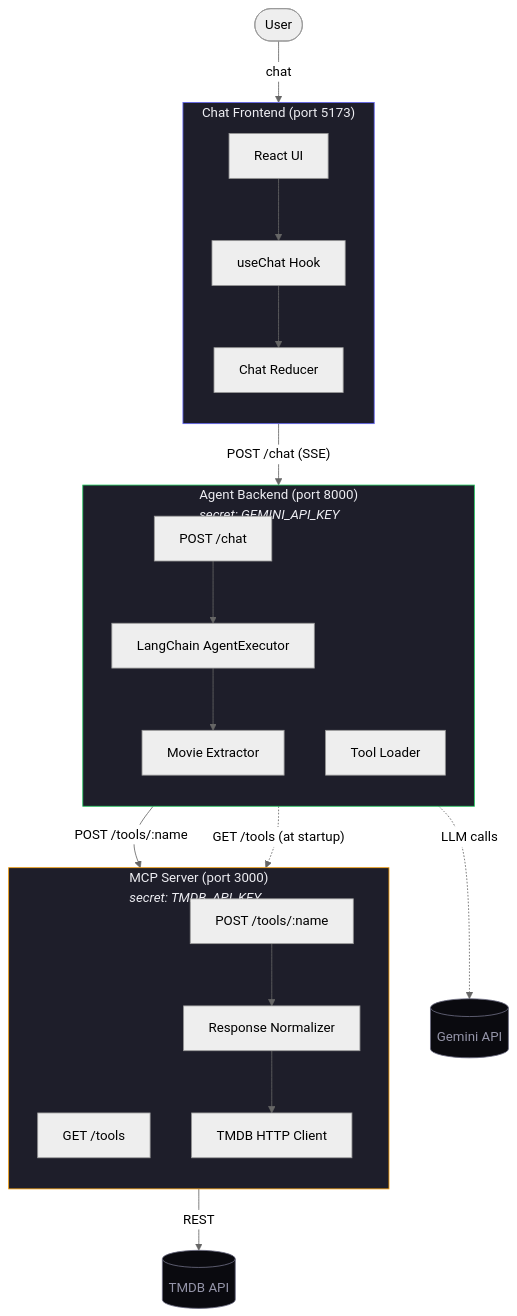
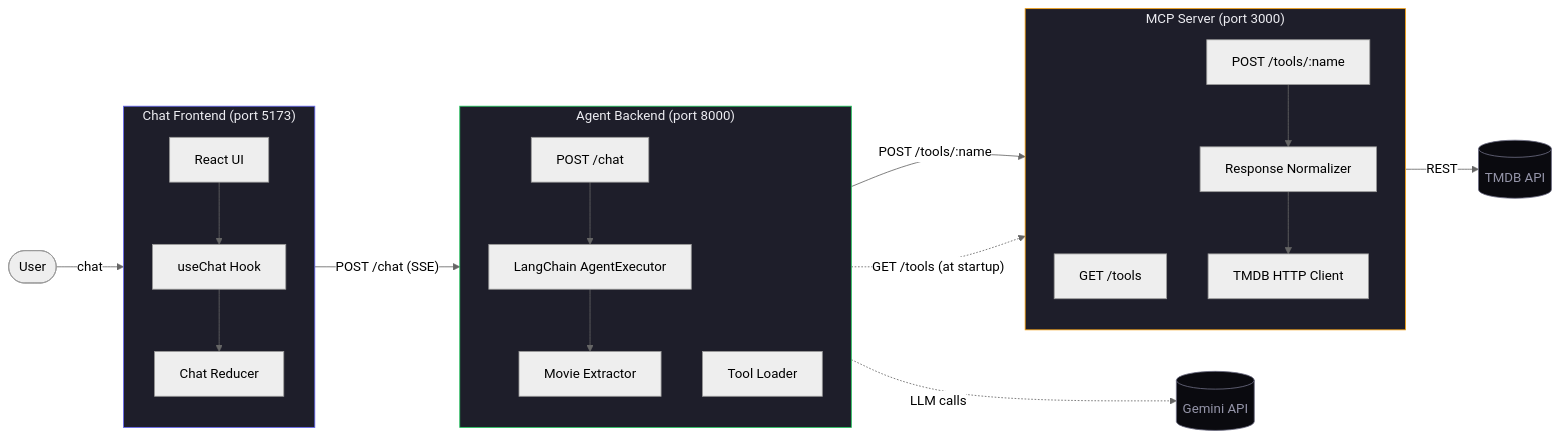
One commit to anadidewan/movie-agent-mcp changed the diagram in docs/architecture.md. Above: the diagram before and after it, drawn with Mermaid (neutral theme).

Commit message:
fixing mermaid table

````diff
--- a/docs/architecture.md
+++ b/docs/architecture.md
@@ -3,51 +3,50 @@
 ```mermaid
-graph TB
+graph LR
     User([User])
+    Gemini[(Gemini API)]
+    TMDB[(TMDB API)]
 
     subgraph Frontend["Chat Frontend (port 5173)"]
         direction TB
         UI[React UI]
         Hook[useChat Hook]
         Reducer[Chat Reducer]
         UI --> Hook --> Reducer
     end
 
-    subgraph Agent["Agent Backend (port 8000)<br/><i>secret: GEMINI_API_KEY</i>"]
+    subgraph Agent["Agent Backend (port 8000)"]
         direction TB
         ChatEndpoint[POST /chat]
+        Executor[LangChain AgentExecutor]
         ToolLoader[Tool Loader]
-        Executor[LangChain AgentExecutor]
         MovieExtractor[Movie Extractor]
         ChatEndpoint --> Executor
         Executor --> MovieExtractor
     end
 
-    subgraph MCP["MCP Server (port 3000)<br/><i>secret: TMDB_API_KEY</i>"]
+    subgraph MCP["MCP Server (port 3000)"]
         direction TB
         Discovery[GET /tools]
         ToolEndpoints[POST /tools/:name]
         Normalizer[Response Normalizer]
         TMDBClient[TMDB HTTP Client]
         ToolEndpoints --> Normalizer --> TMDBClient
     end
 
-    TMDB[(TMDB API)]
-    Gemini[(Gemini API)]
-
     User -->|chat| Frontend
     Frontend -->|"POST /chat (SSE)"| ChatEndpoint
     Executor -.->|LLM calls| Gemini
     Executor -->|"POST /tools/:name"| ToolEndpoints
+    ToolLoader -.->|"GET /tools (at startup)"| Discovery
     TMDBClient -->|REST| TMDB
-    ToolLoader -.->|"GET /tools (at startup)"| Discovery
 
     classDef frontend fill:#1e1e2a,stroke:#6366f1,color:#ededf2
     classDef agent fill:#1e1e2a,stroke:#22c55e,color:#ededf2
     classDef mcp fill:#1e1e2a,stroke:#f59e0b,color:#ededf2
     classDef external fill:#0a0a0f,stroke:#6b6b80,color:#9494a8
 
     class Frontend frontend
     class Agent agent
     class MCP mcp
     class TMDB,Gemini external
 ```
````
